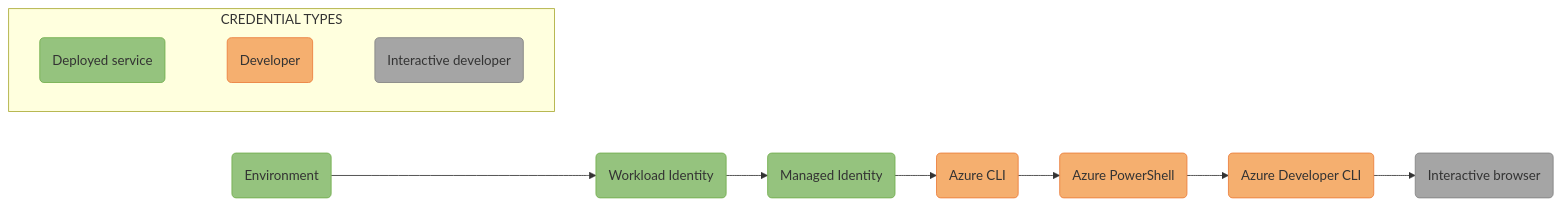
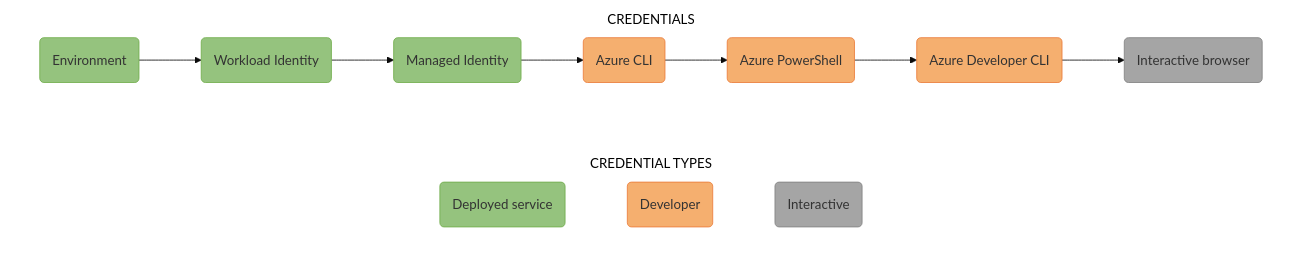
Before and after one commit to Azure/azure-sdk-for-python: the diagram in sdk/identity/azure-identity/images/mermaidjs/DefaultAzureCredentialAuthFlow.md, drawn with Mermaid. The commit also changed 1 other file, not shown here.

Commit message:
Reformat DefaultAzureCredential flow chart (#36529)
* Reformat DefaultAzureCredential flow chart

* Update credential type text

* Simplify instructions

````diff
--- a/sdk/identity/azure-identity/images/mermaidjs/DefaultAzureCredentialAuthFlow.md
+++ b/sdk/identity/azure-identity/images/mermaidjs/DefaultAzureCredentialAuthFlow.md
@@ -1,29 +1,42 @@
 ```mermaid
 %% STEPS TO GENERATE IMAGE
 %% =======================
-%% 1. Install mermaid CLI (see https://github.com/mermaid-js/mermaid-cli/blob/master/README.md)
-%%    v10.1.0 is known good for our process. npm install -g @mermaid-js/mermaid-cli@10.1.0
+%% 1. Install mermaid CLI v10.9.1 (see https://github.com/mermaid-js/mermaid-cli/blob/master/README.md):
+%%    npm i -g @mermaid-js/mermaid-cli@10.9.1
 %% 2. Run command: mmdc -i DefaultAzureCredentialAuthFlow.md -o DefaultAzureCredentialAuthFlow.svg
 
+%%{
+  init: {
+    'theme': 'base',
+    'themeVariables': {
+      'tertiaryBorderColor': '#fff',
+      'tertiaryColor': '#fff'
+    }
+  }
+}%%
+
 flowchart LR;
-    A(Environment):::deployed --> B(Workload Identity):::deployed --> C(Managed Identity):::deployed --> D(Azure CLI):::developer --> E(Azure PowerShell):::developer --> F(Azure Developer CLI):::developer --> G(Interactive browser):::interactive;
-
     subgraph CREDENTIAL TYPES;
         direction LR;
-        Deployed(Deployed service):::deployed ~~~ Developer(Developer):::developer ~~~ Interactive(Interactive developer):::interactive;
+        Deployed(Deployed service):::deployed ~~~ Developer(Developer):::developer ~~~ Interactive(Interactive):::interactive;
+    end;
+
+    subgraph CREDENTIALS;
+        direction LR;
+        A(Environment):::deployed --> B(Workload Identity):::deployed --> C(Managed Identity):::deployed --> D(Azure CLI):::developer --> E(Azure PowerShell):::developer --> F(Azure Developer CLI):::developer --> G(Interactive browser):::interactive;
     end;
 
     %% Define styles for credential type boxes
     classDef deployed fill:#95C37E, stroke:#71AD4C;
     classDef developer fill:#F5AF6F, stroke:#EB7C39;
     classDef interactive fill:#A5A5A5, stroke:#828282;
 
     %% Add API ref links to credential type boxes
     click A "https://aka.ms/azsdk/python/identity/environmentcredential" _blank;
     click B "https://aka.ms/azsdk/python/identity/workloadidentitycredential" _blank;
     click C "https://aka.ms/azsdk/python/identity/managedidentitycredential" _blank;
     click D "https://aka.ms/azsdk/python/identity/azclicredential" _blank;
     click E "https://aka.ms/azsdk/python/identity/powershellcredential" _blank;
     click F "https://aka.ms/azsdk/python/identity/azuredeveloperclicredential" _blank;
     click G "https://aka.ms/azsdk/python/identity/interactivebrowsercredential" _blank;
 ```
````
